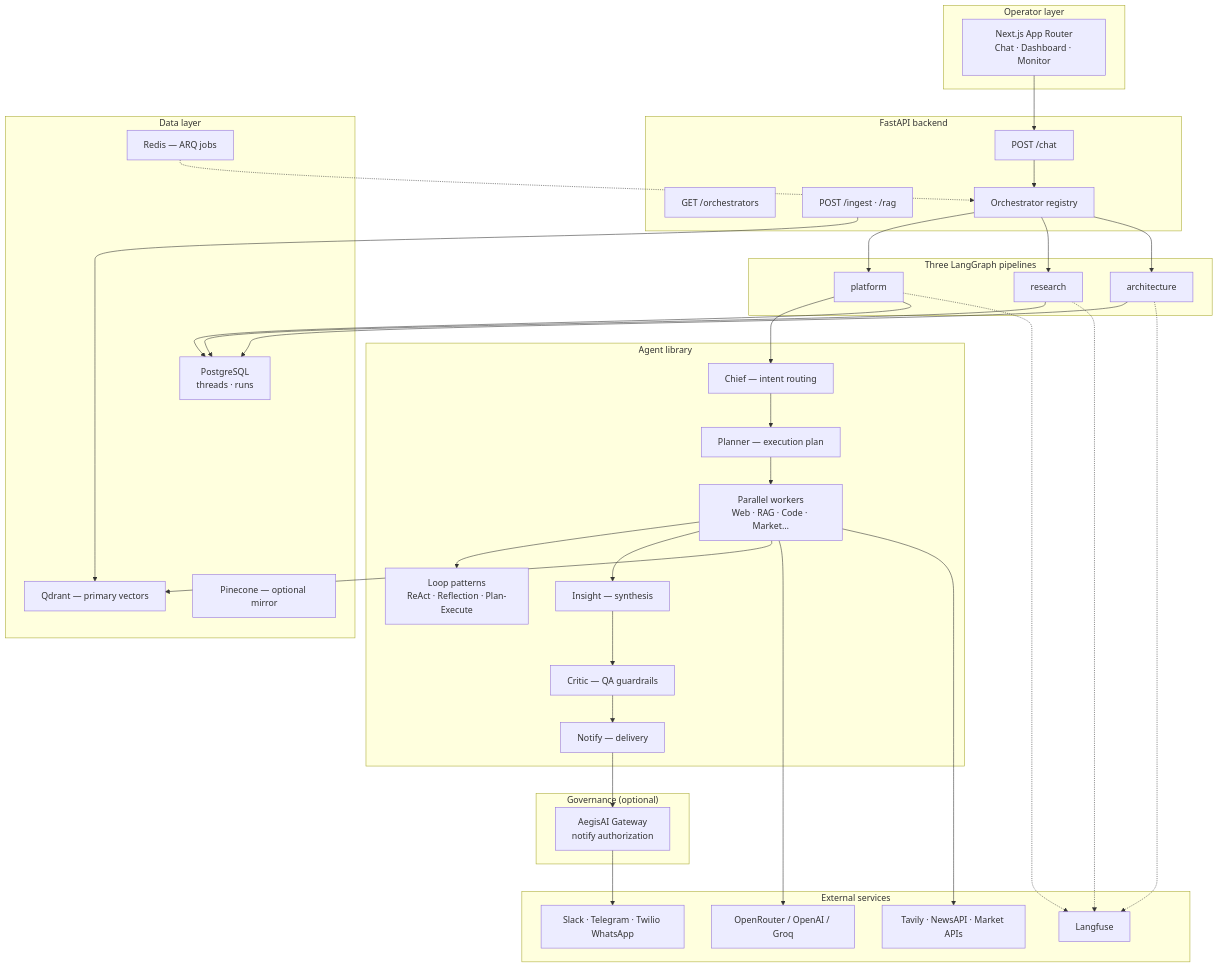
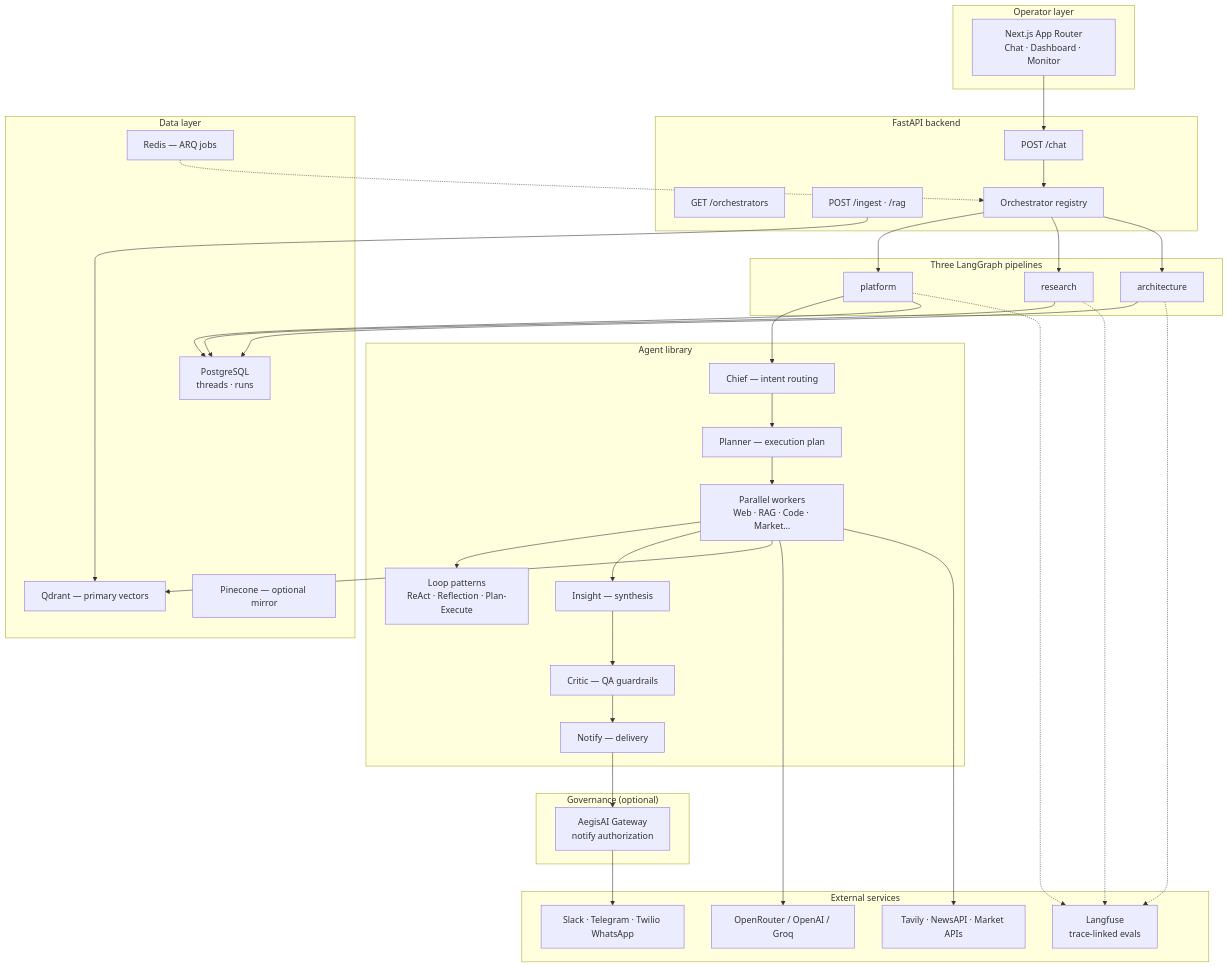
Before and after one commit to vpeetla-ai/venkat-ai-platform: the fourth of 5 diagrams in README.md, drawn with Mermaid. The commit also changed other lines of this file and 1 other file, not shown here.

Commit message:
Add trace-linked LLMOps to architecture diagrams.
Show Langfuse export layer in README system context and ARCHITECTURE observability mermaid.

````diff
--- a/README.md
+++ b/README.md
@@ -145,65 +146,65 @@
 ```mermaid
 flowchart TB
     subgraph Client["Operator layer"]
         UI["Next.js App Router<br/>Chat · Dashboard · Monitor"]
     end
 
     subgraph API["FastAPI backend"]
         CHAT["POST /chat"]
         ORCH["GET /orchestrators"]
         ING["POST /ingest · /rag"]
         REG["Orchestrator registry"]
     end
 
     subgraph Orch["Three LangGraph pipelines"]
         PLAT["platform"]
         RES["research"]
         ARCH["architecture"]
     end
 
     subgraph Gov["Governance (optional)"]
         AEGIS["AegisAI Gateway<br/>notify authorization"]
     end
     subgraph Agents["Agent library"]
         CHIEF["Chief — intent routing"]
         PLAN["Planner — execution plan"]
         WORK["Parallel workers<br/>Web · RAG · Code · Market…"]
         LOOPS["Loop patterns<br/>ReAct · Reflection · Plan-Execute"]
         INS["Insight — synthesis"]
         CRT["Critic — QA guardrails"]
         DEL["Notify — delivery"]
     end
 
     subgraph Data["Data layer"]
         PG["PostgreSQL<br/>threads · runs"]
         QD["Qdrant — primary vectors"]
         PC["Pinecone — optional mirror"]
         RD["Redis — ARQ jobs"]
     end
 
     subgraph External["External services"]
         LLM["OpenRouter / OpenAI / Groq"]
         SRCH["Tavily · NewsAPI · Market APIs"]
-        OBS["Langfuse"]
+        OBS["Langfuse<br/>trace-linked evals"]
         MSG["Slack · Telegram · Twilio WhatsApp"]
     end
 
     UI --> CHAT --> REG
     REG --> PLAT & RES & ARCH
     PLAT --> CHIEF
     CHIEF --> PLAN --> WORK --> LOOPS
     WORK --> INS --> CRT --> DEL
     WORK --> QD
     ING --> QD
     PLAT --> PG
     RES --> PG
     ARCH --> PG
     WORK --> LLM
     WORK --> SRCH
     PLAT -.-> OBS
     RES -.-> OBS
     ARCH -.-> OBS
     DEL --> AEGIS
     AEGIS --> MSG
     RD -.-> REG
 ```
````
